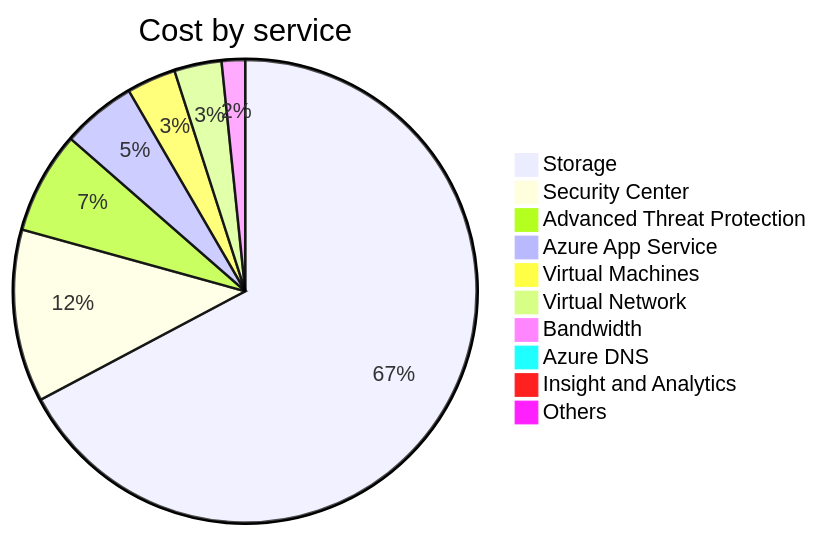
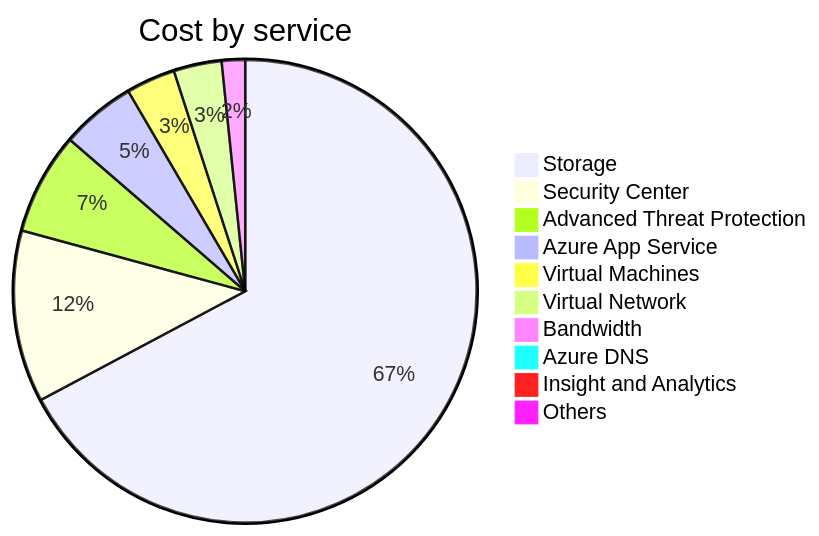
Before and after one commit to jpfulton/azure-personal-reports: the second of 4 diagrams in cost-reports/accumulated-cost.md, drawn with Mermaid. The commit also changed other lines of this file and 3 other files, not shown here.

````diff
--- a/cost-reports/accumulated-cost.md
+++ b/cost-reports/accumulated-cost.md
@@ -102,14 +102,14 @@
 ```mermaid
 pie
    title Cost by service
-   "Storage" : 110.35
+   "Storage" : 110.72
    "Security Center" : 19.78
-   "Advanced Threat Protection" : 11.71
-   "Azure App Service" : 8.53
-   "Virtual Machines" : 5.63
-   "Virtual Network" : 5.42
+   "Advanced Threat Protection" : 11.72
+   "Azure App Service" : 8.63
+   "Virtual Machines" : 5.66
+   "Virtual Network" : 5.52
    "Bandwidth" : 2.69
-   "Azure DNS" : 0.70
+   "Azure DNS" : 0.71
    "Insight and Analytics" : 0.00
    "Others" : 0.00
 ```
````
